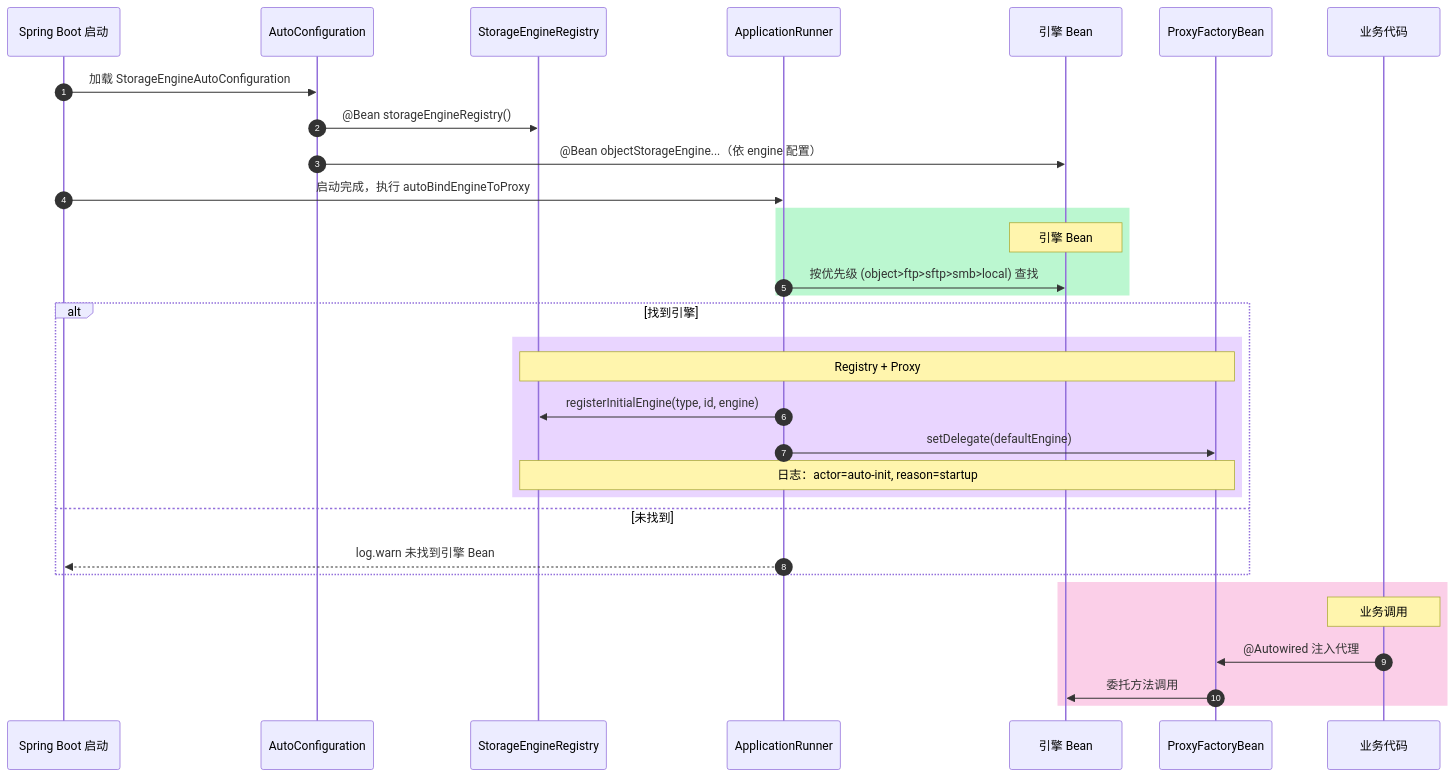
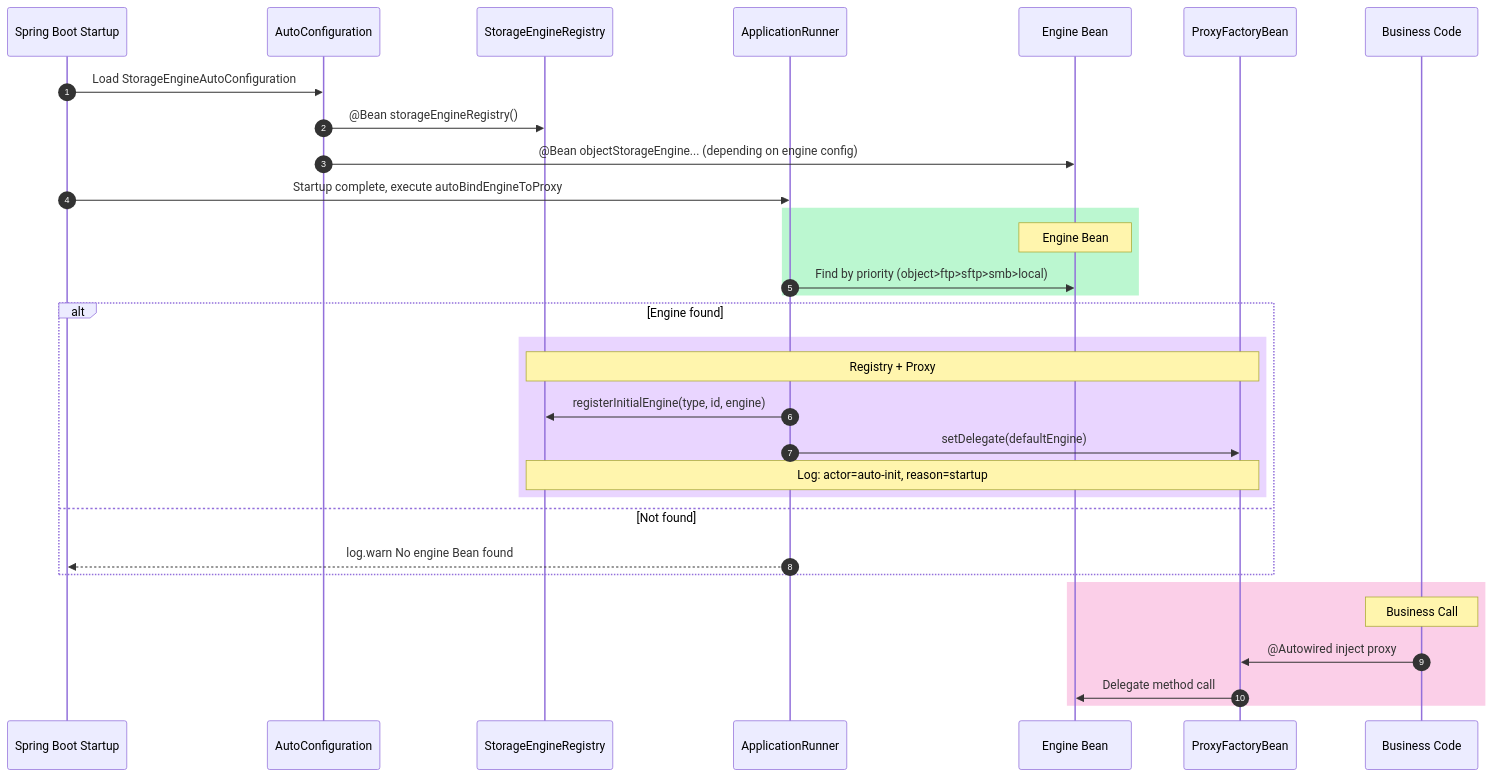
One commit to richie696/atlas-richie-platform changed the second of 4 diagrams in atlas-richie-component/atlas-richie-component-storage/README.md. Above: the diagram before and after it, drawn with Mermaid. The commit also changed other lines of this file and 128 other files, not shown here.

````diff
--- a/atlas-richie-component/atlas-richie-component-storage/README.md
+++ b/atlas-richie-component/atlas-richie-component-storage/README.md
@@ -337,38 +337,38 @@
 ```mermaid
 sequenceDiagram
     autonumber
-    participant Boot as Spring Boot 启动
+    participant Boot as Spring Boot Startup
     participant AC as AutoConfiguration
     participant Reg as StorageEngineRegistry
     participant AR as ApplicationRunner
-    participant Eng as 引擎 Bean
+    participant Eng as Engine Bean
     participant Proxy as ProxyFactoryBean
-    participant App as 业务代码
+    participant App as Business Code
 
-    Boot->>AC: 加载 StorageEngineAutoConfiguration
+    Boot->>AC: Load StorageEngineAutoConfiguration
     AC->>Reg: @Bean storageEngineRegistry()
-    AC->>Eng: @Bean objectStorageEngine...（依 engine 配置）
-    Boot->>AR: 启动完成，执行 autoBindEngineToProxy
+    AC->>Eng: @Bean objectStorageEngine... (depending on engine config)
+    Boot->>AR: Startup complete, execute autoBindEngineToProxy
 
     rect rgb(187, 247, 208)
-    Note over Eng: 引擎 Bean
-    AR->>Eng: 按优先级 (object>ftp>sftp>smb>local) 查找
+    Note over Eng: Engine Bean
+    AR->>Eng: Find by priority (object>ftp>sftp>smb>local)
     end
 
-    alt 找到引擎
+    alt Engine found
         rect rgb(233, 213, 255)
         Note over Reg,Proxy: Registry + Proxy
         AR->>Reg: registerInitialEngine(type, id, engine)
         AR->>Proxy: setDelegate(defaultEngine)
-        Note over Reg,Proxy: 日志：actor=auto-init, reason=startup
+        Note over Reg,Proxy: Log: actor=auto-init, reason=startup
         end
-    else 未找到
-        AR-->>Boot: log.warn 未找到引擎 Bean
+    else Not found
+        AR-->>Boot: log.warn No engine Bean found
     end
 
     rect rgb(251, 207, 232)
-    Note over App: 业务调用
-    App->>Proxy: @Autowired 注入代理
-    Proxy->>Eng: 委托方法调用
+    Note over App: Business Call
+    App->>Proxy: @Autowired inject proxy
+    Proxy->>Eng: Delegate method call
     end
 ```
````
